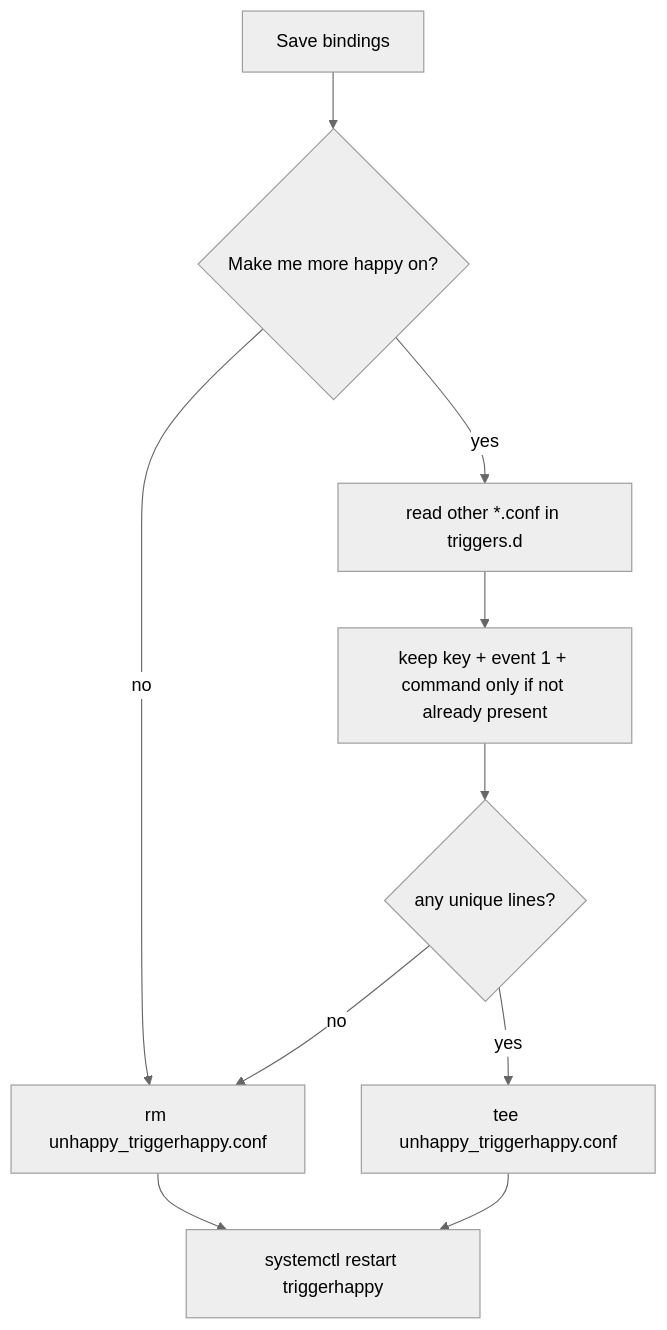
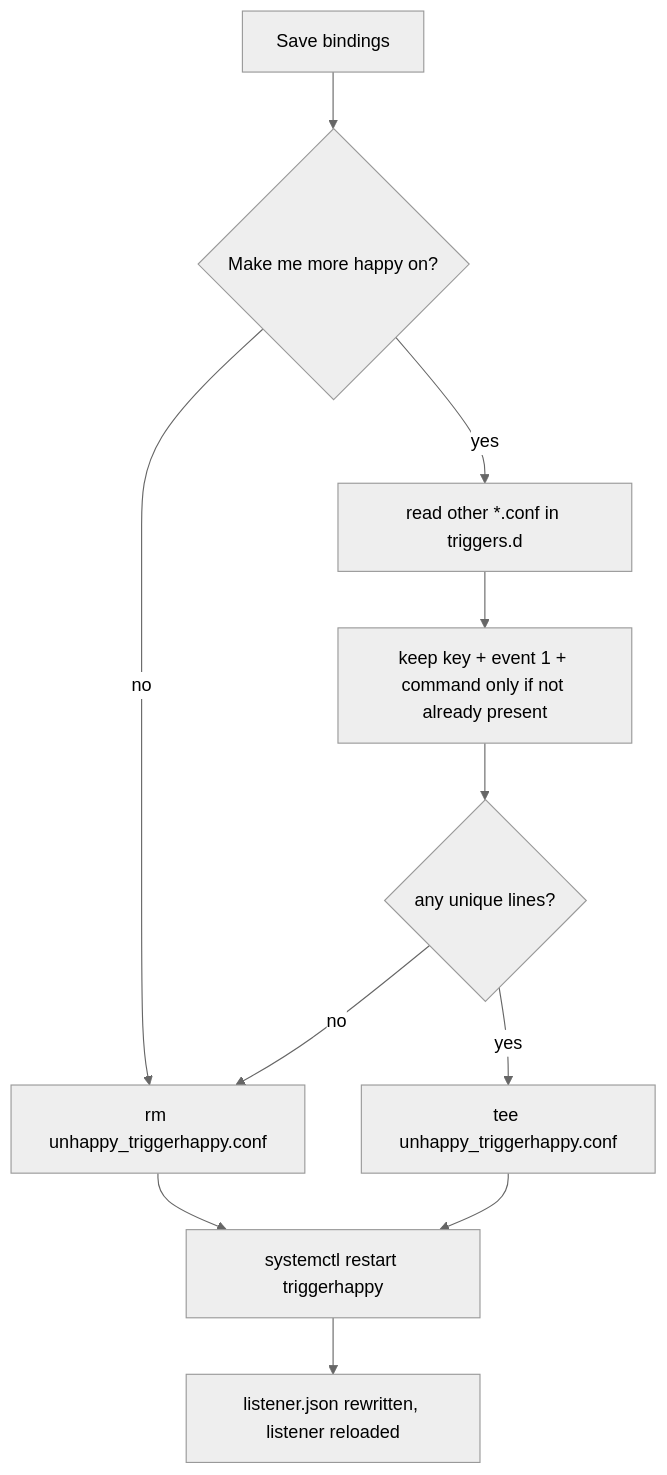
One commit to foonerd/unhappy changed the second of 7 diagrams in README.md. Above: the diagram before and after it, drawn with Mermaid (neutral theme). The commit also changed other lines of this file and 1 other file, not shown here.

Commit message:
docs: the listener, the sudoers file, the release train, and updating

````diff
--- a/README.md
+++ b/README.md
@@ -40,12 +46,13 @@
 ```mermaid
 flowchart TD
   SAVE["Save bindings"] --> MORE{"Make me more happy on?"}
   MORE -->|no| RM["rm unhappy_triggerhappy.conf"]
   MORE -->|yes| READ["read other *.conf in triggers.d"]
   READ --> DIFF["keep key + event 1 + command only if not already present"]
   DIFF --> ANY{"any unique lines?"}
   ANY -->|no| RM
   ANY -->|yes| WRITE["tee unhappy_triggerhappy.conf"]
   RM --> RESTART["systemctl restart triggerhappy"]
   WRITE --> RESTART
+  RESTART --> SYNC["listener.json rewritten, listener reloaded"]
 ```
````
